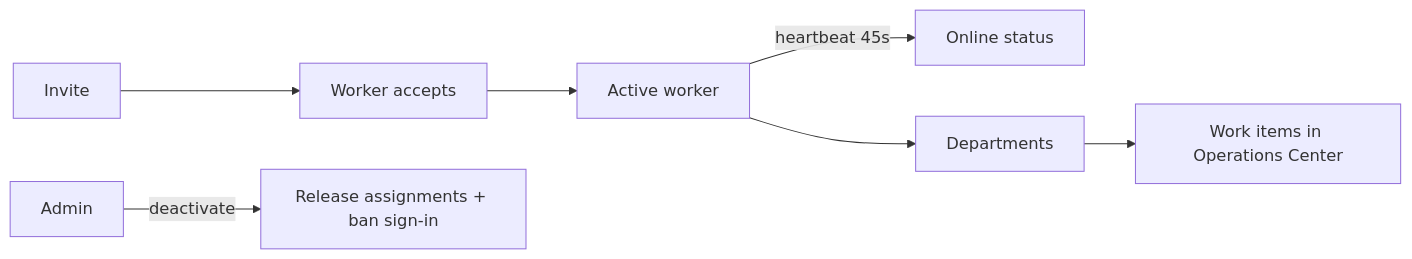
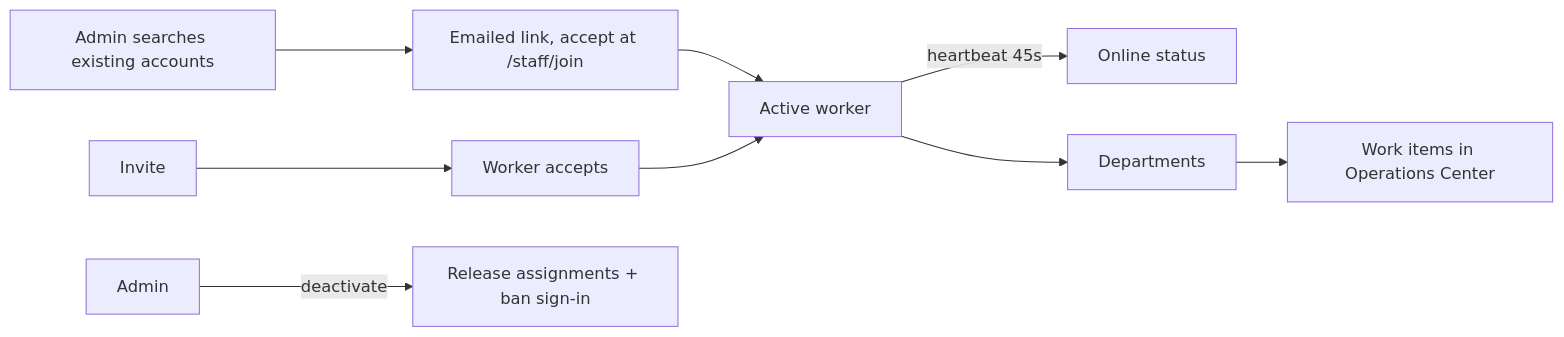
Before and after one commit to prolifixs/fayfort-ai: the third of 16 diagrams in docs/FAYFORT_SYSTEM_MAP.md, drawn with Mermaid. The commit also changed other lines of this file and 39 other files, not shown here.

Commit message:
Staff roles and onboarding from existing accounts, booking engine with availability, holds and Operations Bookings

````diff
--- a/docs/FAYFORT_SYSTEM_MAP.md
+++ b/docs/FAYFORT_SYSTEM_MAP.md
@@ -83,7 +87,8 @@
 ```mermaid
 flowchart LR
+  SRCH[Admin searches existing accounts] --> LINK[Emailed link, accept at /staff/join] --> ACT
   INV[Invite] --> ACC[Worker accepts] --> ACT[Active worker]
   ACT -->|heartbeat 45s| PRES[Online status]
   ACT --> DEP[Departments] --> WI[Work items in Operations Center]
   ADM[Admin] -->|deactivate| REL[Release assignments + ban sign-in]
 ```
````
